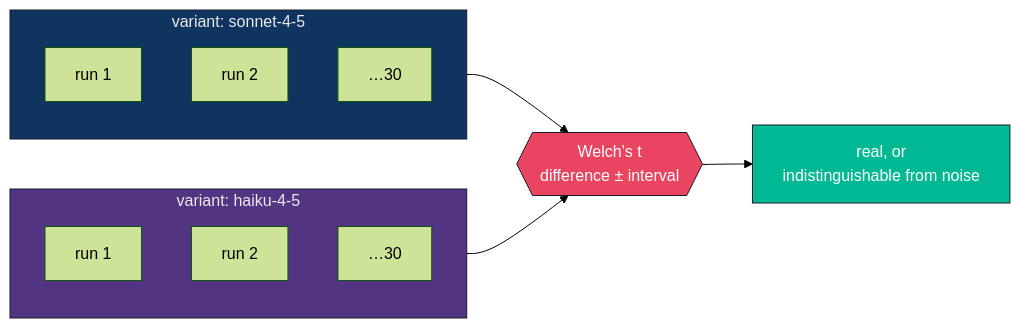
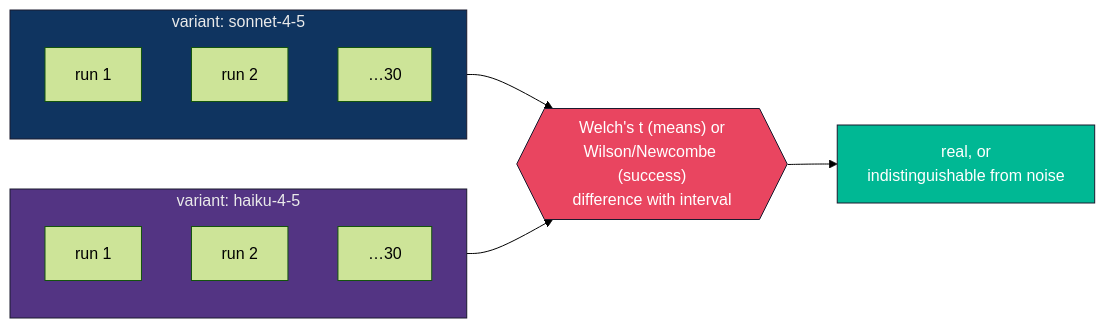
One commit to FullFran/agent-eval-tui changed the third of 3 diagrams in docs/instrumenting-your-agents.md. Above: the diagram before and after it, drawn with Mermaid (forest theme). The commit also changed other lines of this file and 12 other files, not shown here.

````diff
--- a/docs/instrumenting-your-agents.md
+++ b/docs/instrumenting-your-agents.md
@@ -425,22 +468,22 @@
 ```mermaid
 flowchart LR
     subgraph A["variant: sonnet-4-5"]
         A1["run 1"]
         A2["run 2"]
         A3["…30"]
     end
     subgraph B["variant: haiku-4-5"]
         B1["run 1"]
         B2["run 2"]
         B3["…30"]
     end
 
-    A --> C{{"Welch's t<br/>difference ± interval"}}
+    A --> C{{"Welch's t (means) or<br/>Wilson/Newcombe (success)<br/>difference with interval"}}
     B --> C
     C --> V["real, or<br/>indistinguishable from noise"]
 
     style A fill:#0f3460,stroke:#1a1a2e,color:#eaeaea
     style B fill:#533483,stroke:#1a1a2e,color:#eaeaea
     style C fill:#e94560,stroke:#1a1a2e,color:#fff
     style V fill:#00b894,stroke:#1a1a2e,color:#fff
 ```
````
